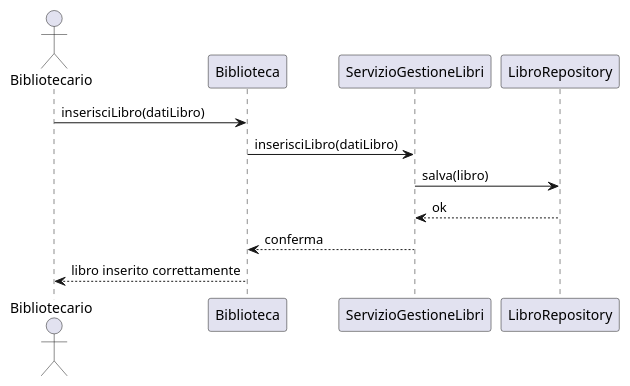
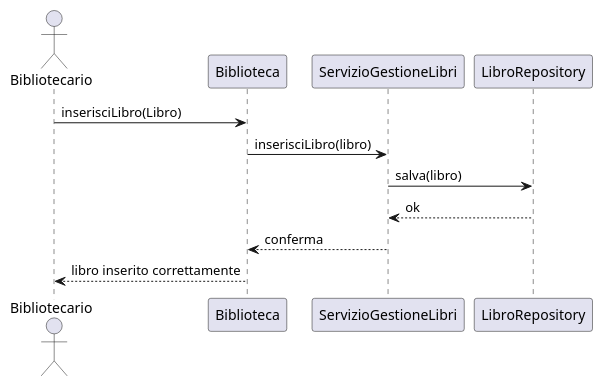
One commit to FreeWisp/BibliotecaIDS changed the diagram in Consegne/diagrammiSequenza/inseriscilibro.puml. Above: the diagram before and after it, drawn with PlantUML. The commit also changed 4 other files, not shown here.

```diff
--- a/Consegne/diagrammiSequenza/inseriscilibro.puml
+++ b/Consegne/diagrammiSequenza/inseriscilibro.puml
@@ -1,13 +1,13 @@
 @startuml
 actor Bibliotecario as UA
 participant Biblioteca as B
 participant ServizioGestioneLibri as S
 participant LibroRepository as R
 
-UA -> B : inserisciLibro(datiLibro)
-B -> S : inserisciLibro(datiLibro)
+UA -> B : inserisciLibro(Libro)
+B -> S : inserisciLibro(libro)
 S -> R : salva(libro)
 R --> S : ok
 S --> B : conferma
 B --> UA : libro inserito correttamente
 @enduml
```
